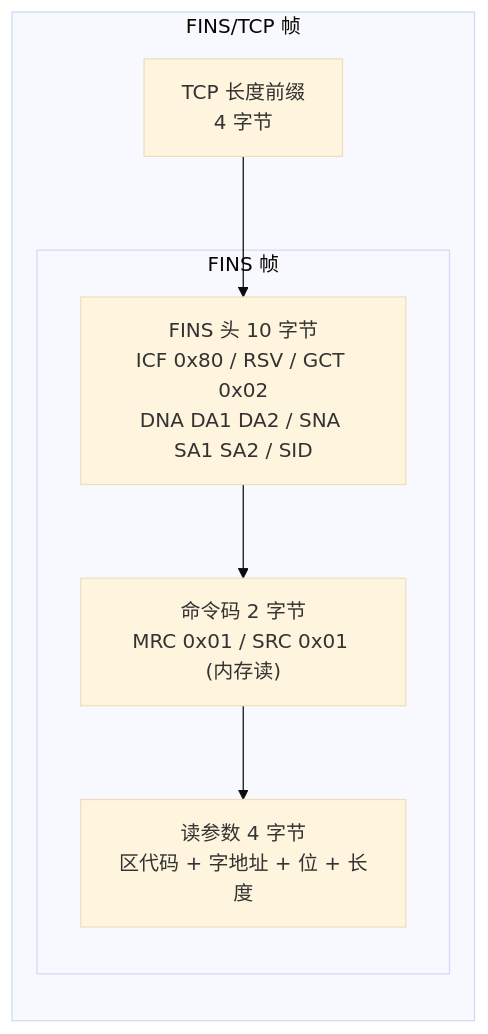
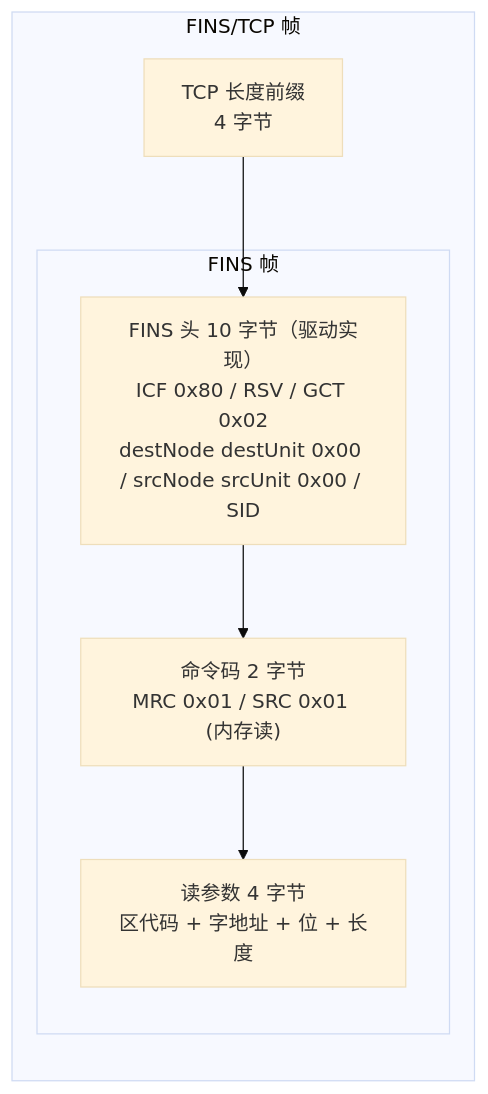
The diagram in docs/zh/drivers/fins.md (pnoker/iot-dc3), drawn with Mermaid (base theme) before and after one commit. The commit also changed other lines of this file and 23 other files, not shown here.

````diff
--- a/docs/zh/drivers/fins.md
+++ b/docs/zh/drivers/fins.md
@@ -28,12 +28,12 @@
 ```mermaid
 flowchart LR
   subgraph TCP["FINS/TCP 帧"]
     Len["TCP 长度前缀<br/>4 字节"]
     subgraph FINS["FINS 帧"]
-      Hdr["FINS 头 10 字节<br/>ICF 0x80 / RSV / GCT 0x02<br/>DNA DA1 DA2 / SNA SA1 SA2 / SID"]
+      Hdr["FINS 头 10 字节（驱动实现）<br/>ICF 0x80 / RSV / GCT 0x02<br/>destNode destUnit 0x00 / srcNode srcUnit 0x00 / SID"]
       Cmd["命令码 2 字节<br/>MRC 0x01 / SRC 0x01 (内存读)"]
       Par["读参数 4 字节<br/>区代码 + 字地址 + 位 + 长度"]
     end
   end
   Len --> Hdr --> Cmd --> Par
 ```
````
